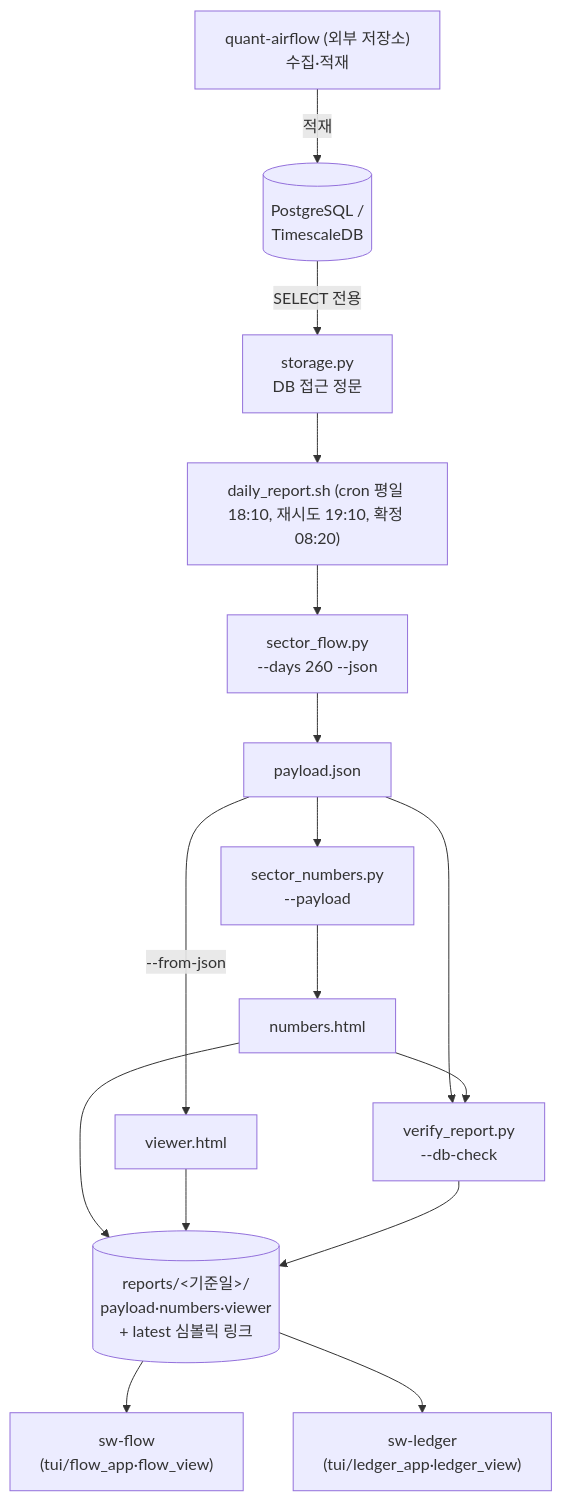
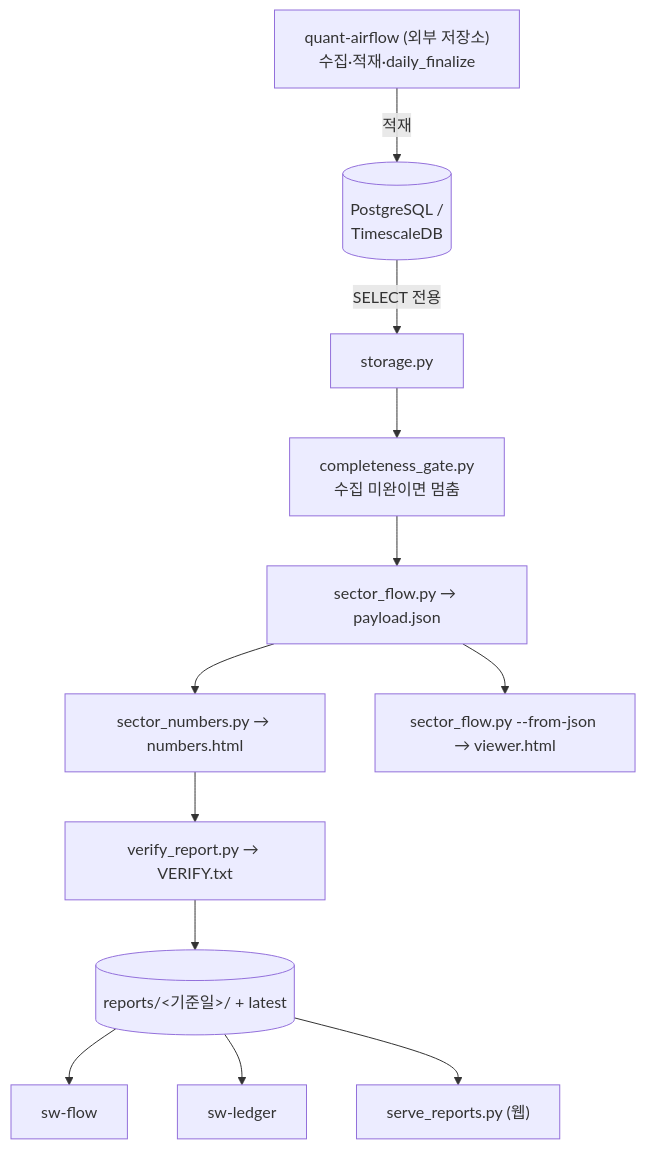
Before and after one commit to younghwan91/sector-flow: the diagram in README.md, drawn with Mermaid. The commit also changed other lines of this file and 8 other files, not shown here.

````diff
--- a/README.md
+++ b/README.md
@@ -72,22 +62,14 @@
 ```mermaid
 flowchart TD
-    AF["quant-airflow (외부 저장소)\n수집·적재"] -->|적재| DB[("PostgreSQL /\nTimescaleDB")]
-
-    DB -->|"SELECT 전용"| ST["storage.py\nDB 접근 정문"]
-
-    ST --> CRON["daily_report.sh (cron 평일 18:10, 재시도 19:10, 확정 08:20)"]
-    CRON --> SF["sector_flow.py\n--days 260 --json"]
-    SF --> PAYLOAD["payload.json"]
-    PAYLOAD --> SN["sector_numbers.py\n--payload"]
-    PAYLOAD -->|"--from-json"| VW["viewer.html"]
-    SN --> NH["numbers.html"]
-    PAYLOAD --> VR["verify_report.py\n--db-check"]
-    NH --> VR
-
-    NH --> REP[("reports/&lt;기준일&gt;/\npayload·numbers·viewer\n+ latest 심볼릭 링크")]
-    VW --> REP
-    VR --> REP
-
-    REP --> FLOW["sw-flow\n(tui/flow_app·flow_view)"]
-    REP --> LEDGER["sw-ledger\n(tui/ledger_app·ledger_view)"]
+    AF["quant-airflow (외부 저장소)\n수집·적재·daily_finalize"] -->|적재| DB[("PostgreSQL /\nTimescaleDB")]
+    DB -->|"SELECT 전용"| ST["storage.py"]
+    ST --> GATE["completeness_gate.py\n수집 미완이면 멈춤"]
+    GATE --> SF["sector_flow.py → payload.json"]
+    SF --> SN["sector_numbers.py → numbers.html"]
+    SF --> VW["sector_flow.py --from-json → viewer.html"]
+    SN --> VR["verify_report.py → VERIFY.txt"]
+    VR --> REP[("reports/&lt;기준일&gt;/ + latest")]
+    REP --> FLOW["sw-flow"]
+    REP --> LEDGER["sw-ledger"]
+    REP --> WEB["serve_reports.py (웹)"]
 ```
````
